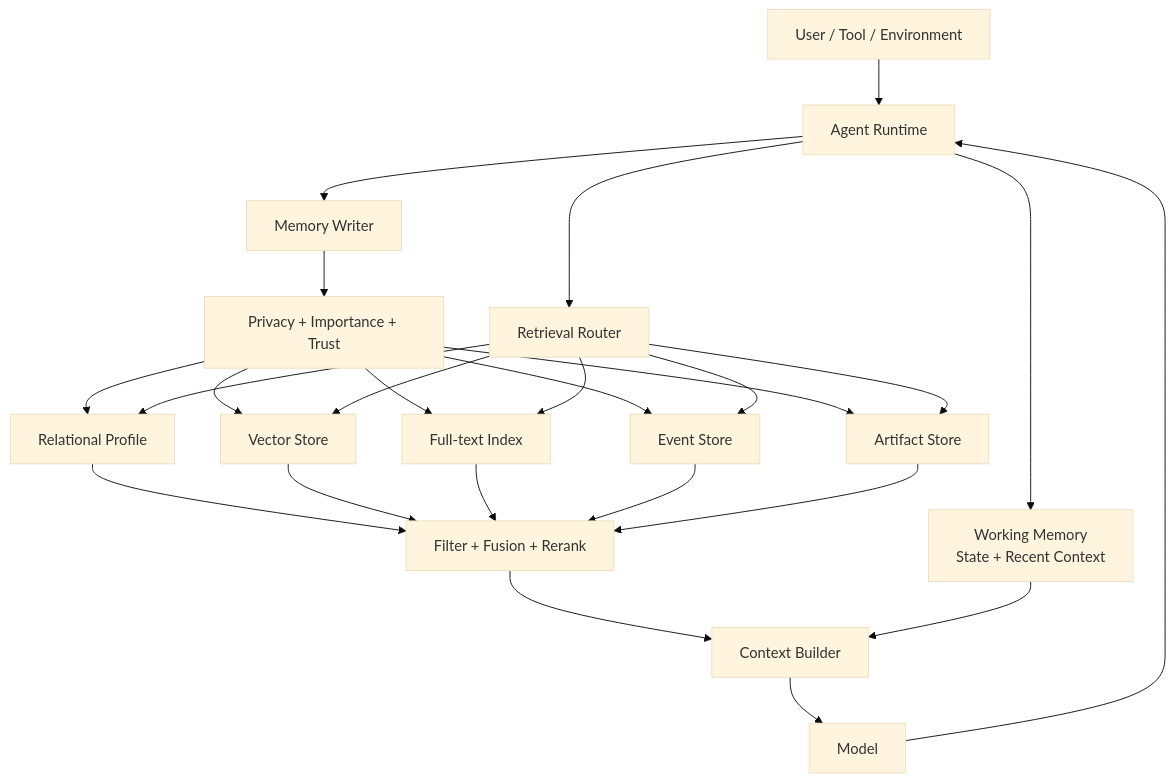
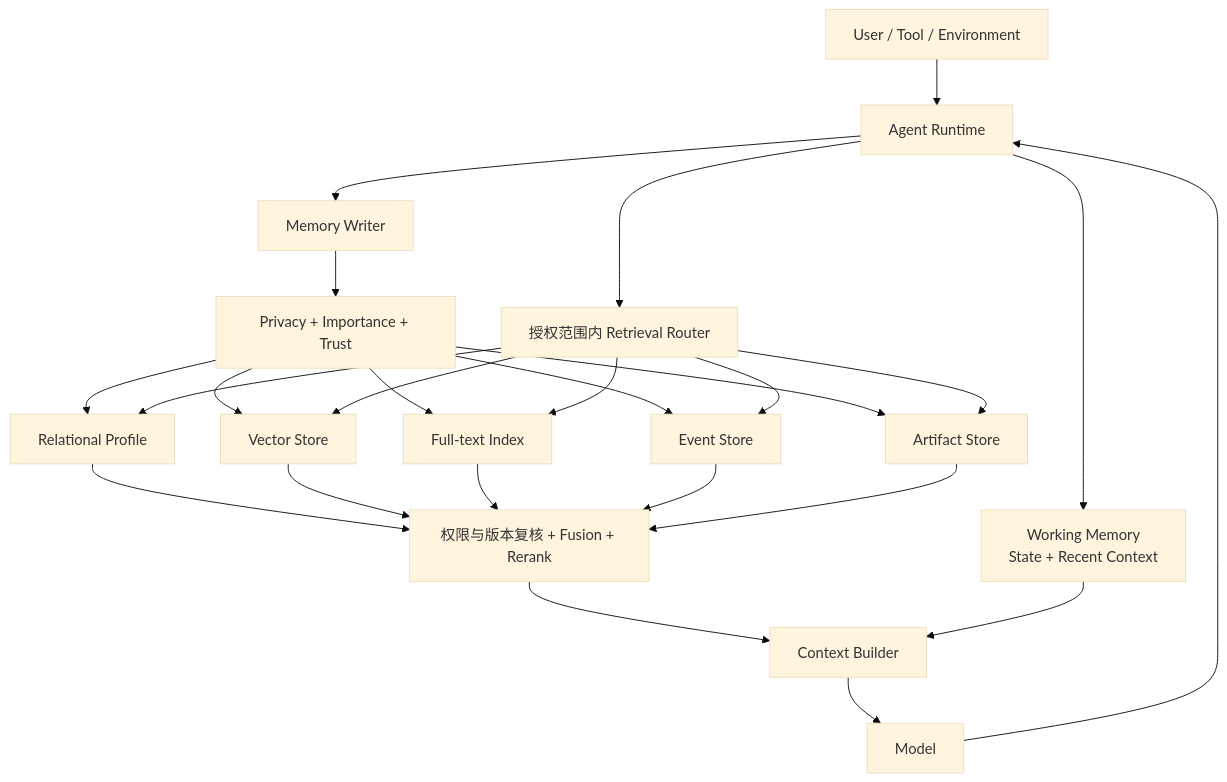
Before and after one commit to oneleaveknowsthefall/awesome-ai-roadmap: diagram 15 of 15 in docs/agent/03-memory-context/08-agent-memory-implementation.md, drawn with Mermaid (base theme). The commit also changed other lines of this file and 50 other files, not shown here.

````diff
--- a/docs/agent/03-memory-context/08-agent-memory-implementation.md
+++ b/docs/agent/03-memory-context/08-agent-memory-implementation.md
@@ -1106,32 +1174,32 @@
 ```mermaid
 flowchart TB
     INPUT[User / Tool / Environment] --> RUNTIME[Agent Runtime]
 
     RUNTIME --> WM[Working Memory<br/>State + Recent Context]
     RUNTIME --> WRITER[Memory Writer]
 
     WRITER --> POLICY[Privacy + Importance + Trust]
     POLICY --> PROFILE[Relational Profile]
     POLICY --> VECTOR[Vector Store]
     POLICY --> TEXT[Full-text Index]
     POLICY --> EVENT[Event Store]
     POLICY --> ART[Artifact Store]
 
-    RUNTIME --> RET[Retrieval Router]
+    RUNTIME --> RET[授权范围内 Retrieval Router]
     RET --> PROFILE
     RET --> VECTOR
     RET --> TEXT
     RET --> EVENT
     RET --> ART
 
-    PROFILE --> FUSION[Filter + Fusion + Rerank]
+    PROFILE --> FUSION[权限与版本复核 + Fusion + Rerank]
     VECTOR --> FUSION
     TEXT --> FUSION
     EVENT --> FUSION
     ART --> FUSION
 
     FUSION --> CB[Context Builder]
     WM --> CB
     CB --> MODEL[Model]
     MODEL --> RUNTIME
 ```
````
